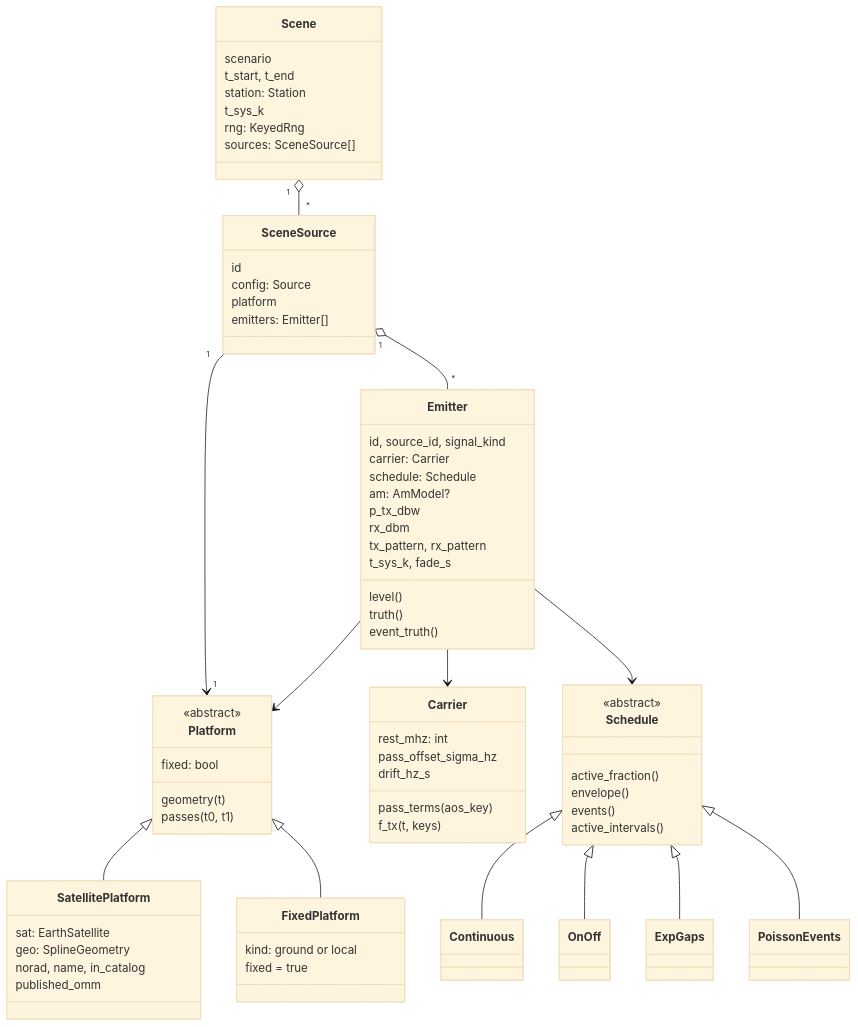
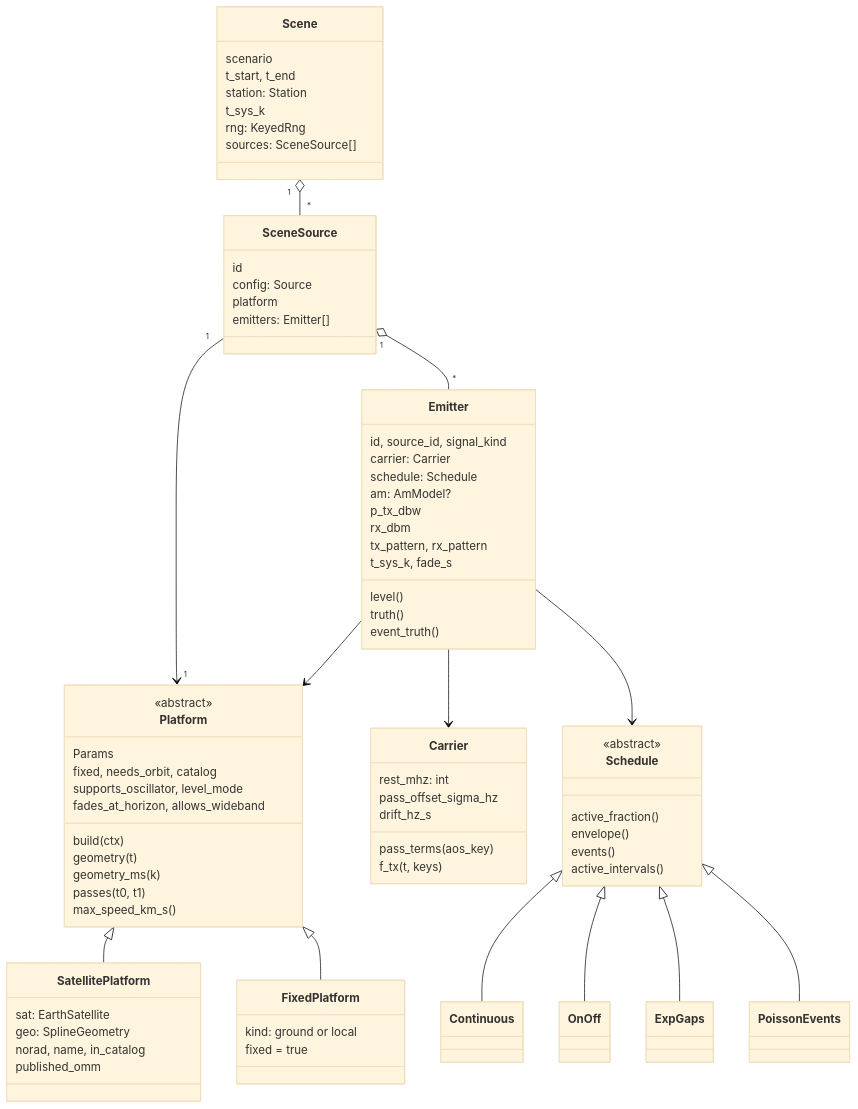
Before and after one commit to BUSH222/ASSIST: the ninth of 23 diagrams in HOW-IT-WORKS.md, drawn with Mermaid (base theme). The commit also changed other lines of this file and 142 other files, not shown here.

````diff
--- a/HOW-IT-WORKS.md
+++ b/HOW-IT-WORKS.md
@@ -854,72 +930,78 @@
 ```mermaid
 classDiagram
     class Scene {
         scenario
         t_start, t_end
         station: Station
         t_sys_k
         rng: KeyedRng
         sources: SceneSource[]
     }
     class SceneSource {
         id
         config: Source
         platform
         emitters: Emitter[]
     }
     class Platform {
         <<abstract>>
-        fixed: bool
+        Params
+        fixed, needs_orbit, catalog
+        supports_oscillator, level_mode
+        fades_at_horizon, allows_wideband
+        build(ctx)
         geometry(t)
+        geometry_ms(k)
         passes(t0, t1)
+        max_speed_km_s()
     }
     class SatellitePlatform {
         sat: EarthSatellite
         geo: SplineGeometry
         norad, name, in_catalog
         published_omm
     }
     class FixedPlatform {
         kind: ground or local
         fixed = true
     }
     class Emitter {
         id, source_id, signal_kind
         carrier: Carrier
         schedule: Schedule
         am: AmModel?
         p_tx_dbw
         rx_dbm
         tx_pattern, rx_pattern
         t_sys_k, fade_s
         level()
         truth()
         event_truth()
     }
     class Carrier {
         rest_mhz: int
         pass_offset_sigma_hz
         drift_hz_s
         pass_terms(aos_key)
         f_tx(t, keys)
     }
     class Schedule {
         <<abstract>>
         active_fraction()
         envelope()
         events()
         active_intervals()
     }
     Scene "1" o-- "*" SceneSource
     SceneSource "1" --> "1" Platform
     SceneSource "1" o-- "*" Emitter
     Platform <|-- SatellitePlatform
     Platform <|-- FixedPlatform
     Emitter --> Carrier
     Emitter --> Schedule
     Emitter --> Platform
     Schedule <|-- Continuous
     Schedule <|-- OnOff
     Schedule <|-- ExpGaps
     Schedule <|-- PoissonEvents
 ```
````
